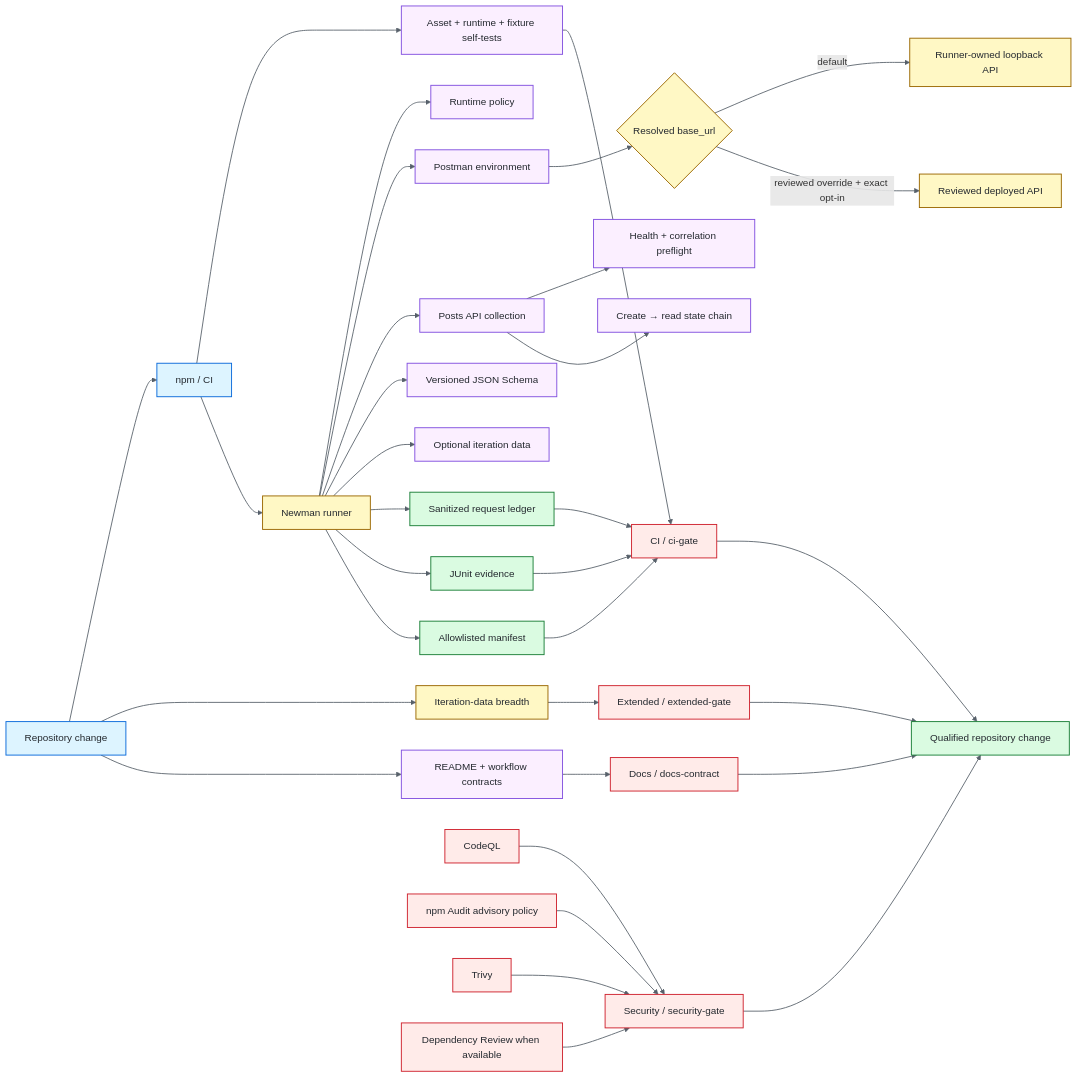
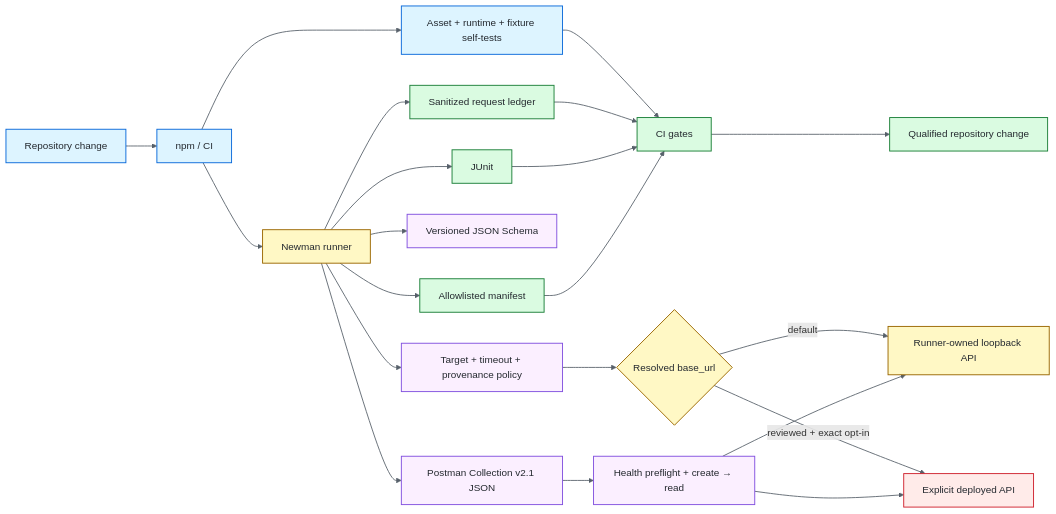
One commit to portyu9/qa-automation-api-postman-newman changed the diagram in README.md. Above: the diagram before and after it, drawn with Mermaid. The commit also changed other lines of this file, not shown here.

Commit message:
docs: streamline main README and link deep guides

````diff
--- a/README.md
+++ b/README.md
@@ -39,51 +38,41 @@
 ```mermaid
 flowchart LR
     CHANGE[Repository change] --> CLI[npm / CI]
     CLI --> VALIDATE[Asset + runtime + fixture self-tests]
     CLI --> RUN[Newman runner]
-    RUN --> POLICY[Runtime policy]
-    RUN --> ENV[Postman environment]
-    RUN --> COL[Posts API collection]
+
+    RUN --> COL[Postman Collection v2.1 JSON]
+    RUN --> POLICY[Target + timeout + provenance policy]
     RUN --> SCHEMA[Versioned JSON Schema]
-    RUN --> DATA[Optional iteration data]
-    COL --> PREFLIGHT[Health + correlation preflight]
-    COL --> STATE[Create → read state chain]
-    ENV --> TARGET{Resolved base_url}
+
+    POLICY --> TARGET{Resolved base_url}
     TARGET -->|default| LOCAL[Runner-owned loopback API]
-    TARGET -->|reviewed override + exact opt-in| EXT[Reviewed deployed API]
+    TARGET -->|reviewed + exact opt-in| EXT[Explicit deployed API]
+
+    COL --> FLOW[Health preflight + create → read]
+    FLOW --> LOCAL
+    FLOW --> EXT
+
     RUN --> LEDGER[Sanitized request ledger]
-    RUN --> JUNIT[JUnit evidence]
-    RUN --> MAN[Allowlisted manifest]
-    VALIDATE --> CIG[CI / ci-gate]
-    LEDGER --> CIG
-    JUNIT --> CIG
-    MAN --> CIG
+    RUN --> JUNIT[JUnit]
+    RUN --> MANIFEST[Allowlisted manifest]
 
-    CHANGE --> BREADTH[Iteration-data breadth]
-    BREADTH --> EG[Extended / extended-gate]
+    VALIDATE --> GATES[CI gates]
+    LEDGER --> GATES
+    JUNIT --> GATES
+    MANIFEST --> GATES
+    GATES --> RESULT[Qualified repository change]
 
-    CHANGE --> DOCS[README + workflow contracts]
-    DOCS --> DG[Docs / docs-contract]
+    classDef entry fill:#DDF4FF,stroke:#0969DA,color:#24292F,stroke-width:1.5px;
+    classDef policy fill:#FBEFFF,stroke:#8250DF,color:#24292F,stroke-width:1.5px;
+    classDef runtime fill:#FFF8C5,stroke:#9A6700,color:#24292F,stroke-width:1.5px;
+    classDef target fill:#FFEBE9,stroke:#CF222E,color:#24292F,stroke-width:1.5px;
+    classDef evidence fill:#DAFBE1,stroke:#1A7F37,color:#24292F,stroke-width:1.5px;
 
-    SAST[CodeQL] --> SG[Security / security-gate]
-    AUDIT[npm Audit advisory policy] --> SG
-    TRIVY[Trivy] --> SG
-    REVIEW[Dependency Review when available] --> SG
-
-    CIG --> RESULT[Qualified repository change]
-    EG --> RESULT
-    DG --> RESULT
-    SG --> RESULT
-
-    classDef entry fill:#ddf4ff,stroke:#0969da,color:#24292f,stroke-width:1.5px;
-    classDef policy fill:#fbefff,stroke:#8250df,color:#24292f,stroke-width:1.5px;
-    classDef runtime fill:#fff8c5,stroke:#9a6700,color:#24292f,stroke-width:1.5px;
-    classDef evidence fill:#dafbe1,stroke:#1a7f37,color:#24292f,stroke-width:1.5px;
-    classDef gate fill:#ffebe9,stroke:#cf222e,color:#24292f,stroke-width:1.5px;
-    class CHANGE,CLI entry;
-    class VALIDATE,POLICY,ENV,COL,SCHEMA,DATA,PREFLIGHT,STATE,DOCS policy;
-    class RUN,TARGET,LOCAL,EXT,BREADTH runtime;
-    class LEDGER,JUNIT,MAN,RESULT evidence;
-    class CIG,EG,DG,SAST,AUDIT,TRIVY,REVIEW,SG gate;
-    linkStyle default stroke:#57606a,stroke-width:1.4px;
+    class CHANGE,CLI,VALIDATE entry;
+    class POLICY,SCHEMA,COL,FLOW policy;
+    class RUN,TARGET,LOCAL runtime;
+    class EXT target;
+    class LEDGER,JUNIT,MANIFEST,GATES,RESULT evidence;
+    linkStyle default stroke:#57606A,stroke-width:1.4px;
 ```
````
